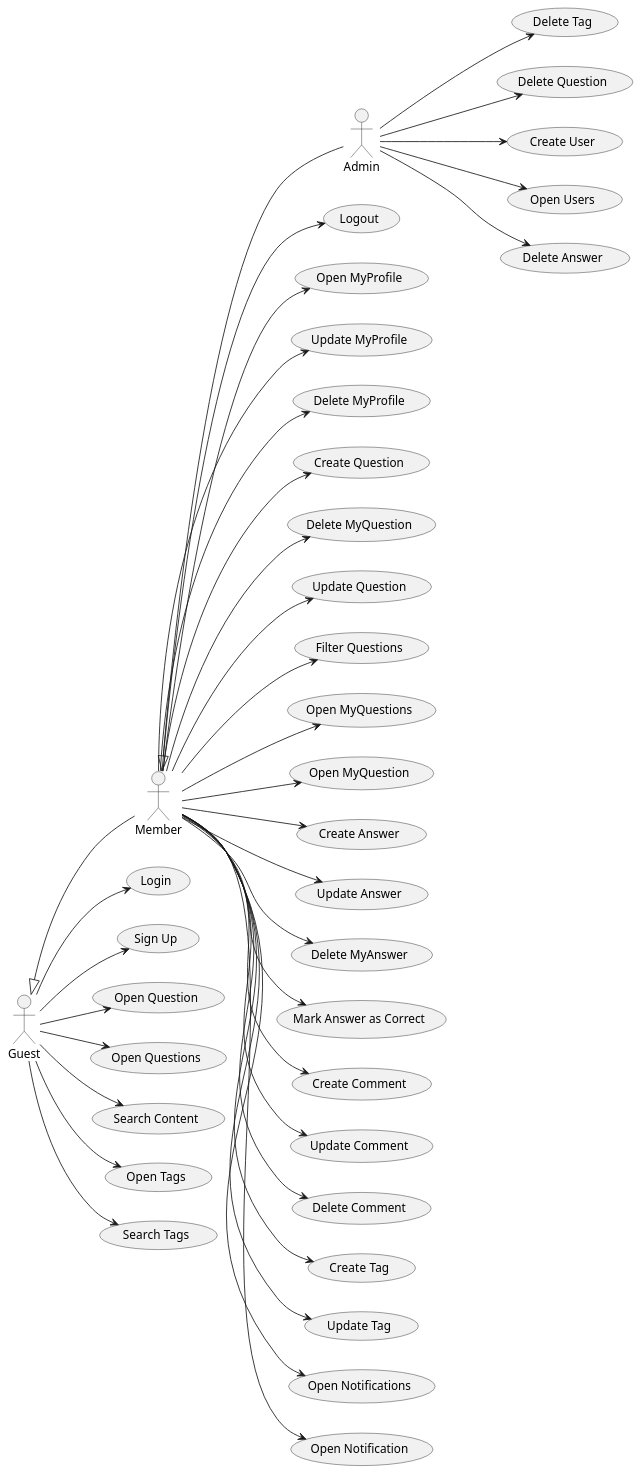
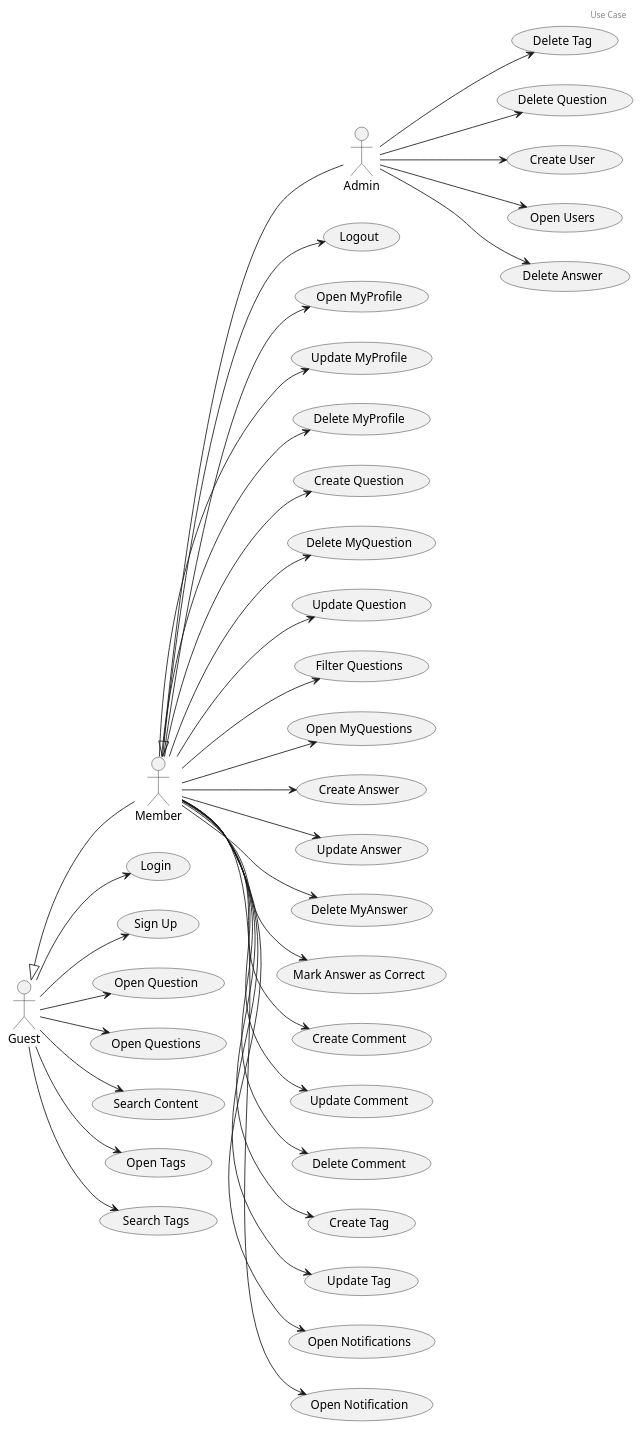
One commit to rafaelacirino/miw-backend-foro changed the diagram in src/main/resources/templates/casosDeUso.plantuml. Above: the diagram before and after it, drawn with PlantUML. The commit also changed 20 other files, not shown here.

Commit message:
adding more diagrams

```diff
--- a/src/main/resources/templates/casosDeUso.plantuml
+++ b/src/main/resources/templates/casosDeUso.plantuml
@@ -1,81 +1,81 @@
 @startuml
+
+header Use Case
 
 actor Guest
 actor Member
 actor Admin
 
 Guest <|-down- Member
 Member <|-down- Admin
 
 left to right direction
 (Login) as UC1
 (Logout) as UC2
 (Sign Up) as UC3
 (Open MyProfile) as UC4
 (Update MyProfile) as UC5
 (Delete MyProfile) as UC6
 (Open Question) as UC7
 (Create Question) as UC8
 (Delete MyQuestion) as UC9
 (Update Question) as UC10
 (Open Questions) as UC11
 (Filter Questions) as UC12
 (Open MyQuestions) as UC13
-(Open MyQuestion) as UC32
 (Create Answer) as UC14
 (Update Answer) as UC15
 (Delete MyAnswer) as UC16
 (Mark Answer as Correct) as UC17
 (Create Comment) as UC18
 (Update Comment) as UC19
 (Delete Comment) as UC20
 (Create Tag) as UC21
 (Update Tag) as UC22
 (Delete Tag) as UC24
 (Search Content) as UC25
 (Open Tags) as UC26
 (Search Tags) as UC27
 (Delete Question) as UC28
 (Create User) as UC29
 (Open Users) as UC30
 (Delete Answer) as UC31
 (Open Notifications) as UC33
 (Open Notification) as UC34
 
 Guest --> UC7
 Guest --> UC11
 Guest --> UC25
 Guest --> UC26
 Guest --> UC27
 Guest --> UC1
 Guest --> UC3
 
 Member --> UC2
 Member --> UC4
 Member --> UC5
 Member --> UC6
 Member --> UC8
 Member --> UC9
 Member --> UC10
 Member --> UC12
 Member --> UC13
 Member --> UC14
 Member --> UC15
 Member --> UC16
 Member --> UC17
 Member --> UC18
 Member --> UC19
 Member --> UC20
 Member --> UC21
 Member --> UC22
-Member --> UC32
 Member --> UC33
 Member --> UC34
 
 Admin --> UC24
 Admin --> UC28
 Admin --> UC29
 Admin --> UC30
 Admin --> UC31
 
 @enduml
```
